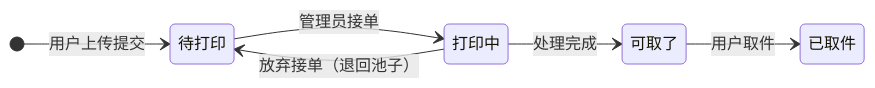
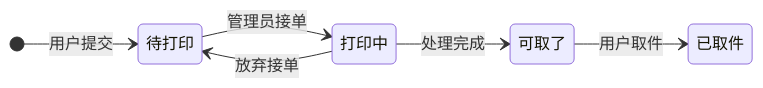
Before and after one commit to qcmb825/print-of-dorm: the second of 2 diagrams in README.md, drawn with Mermaid. The commit also changed other lines of this file, not shown here.

````diff
--- a/README.md
+++ b/README.md
@@ -233,14 +199,14 @@
 ```mermaid
 stateDiagram-v2
     direction LR
     state "待打印" as P
     state "打印中" as G
     state "可取了" as R
     state "已取件" as D
 
-    [*] --> P: 用户上传提交
+    [*] --> P: 用户提交
     P --> G: 管理员接单
     G --> R: 处理完成
     R --> D: 用户取件
-    G --> P: 放弃接单（退回池子）
+    G --> P: 放弃接单
 ```
````
